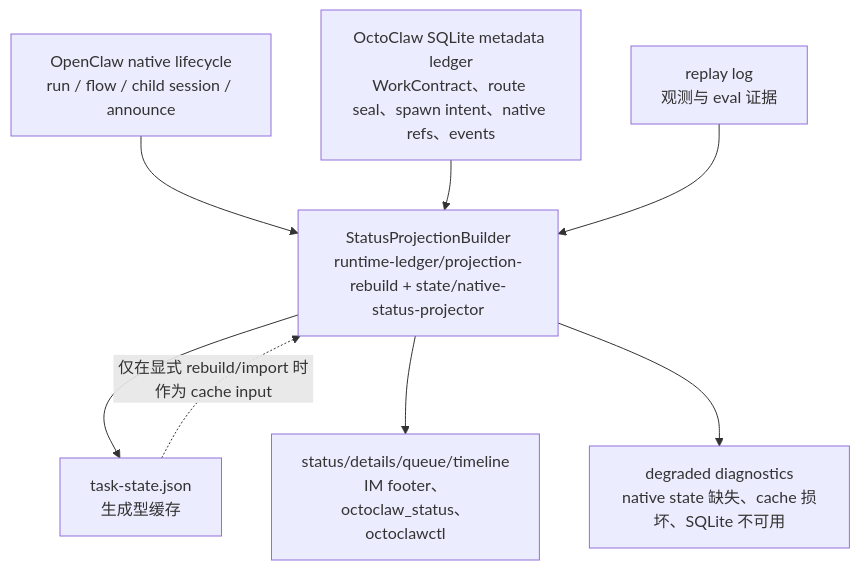
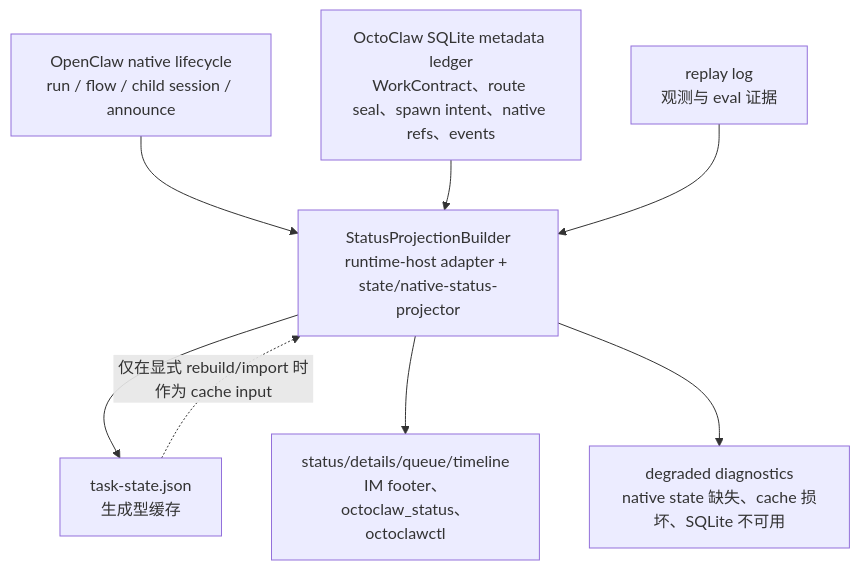
Before and after one commit to guanbear/OctoClaw: the fourth of 5 diagrams in docs/octoclaw-architecture-map-2026-05-09.md, drawn with Mermaid. The commit also changed 133 other files, not shown here.

First line of the commit message:
runtime: complete native runtime slimming

````diff
--- a/docs/octoclaw-architecture-map-2026-05-09.md
+++ b/docs/octoclaw-architecture-map-2026-05-09.md
@@ -190,19 +190,19 @@
 ```mermaid
 flowchart TD
   Native["OpenClaw native lifecycle<br/>run / flow / child session / announce"]
   Ledger["OctoClaw SQLite metadata ledger<br/>WorkContract、route seal、spawn intent、native refs、events"]
   Replay["replay log<br/>观测与 eval 证据"]
   TaskState["task-state.json<br/>生成型缓存"]
-  Projection["StatusProjectionBuilder<br/>runtime-ledger/projection-rebuild + state/native-status-projector"]
+  Projection["StatusProjectionBuilder<br/>runtime-host adapter + state/native-status-projector"]
   Surface["status/details/queue/timeline<br/>IM footer、octoclaw_status、octoclawctl"]
   Degraded["degraded diagnostics<br/>native state 缺失、cache 损坏、SQLite 不可用"]
 
   Native --> Projection
   Ledger --> Projection
   Replay --> Projection
   Projection --> TaskState
   Projection --> Surface
   Projection --> Degraded
 
   TaskState -. "仅在显式 rebuild/import 时作为 cache input" .-> Projection
 ```
````
